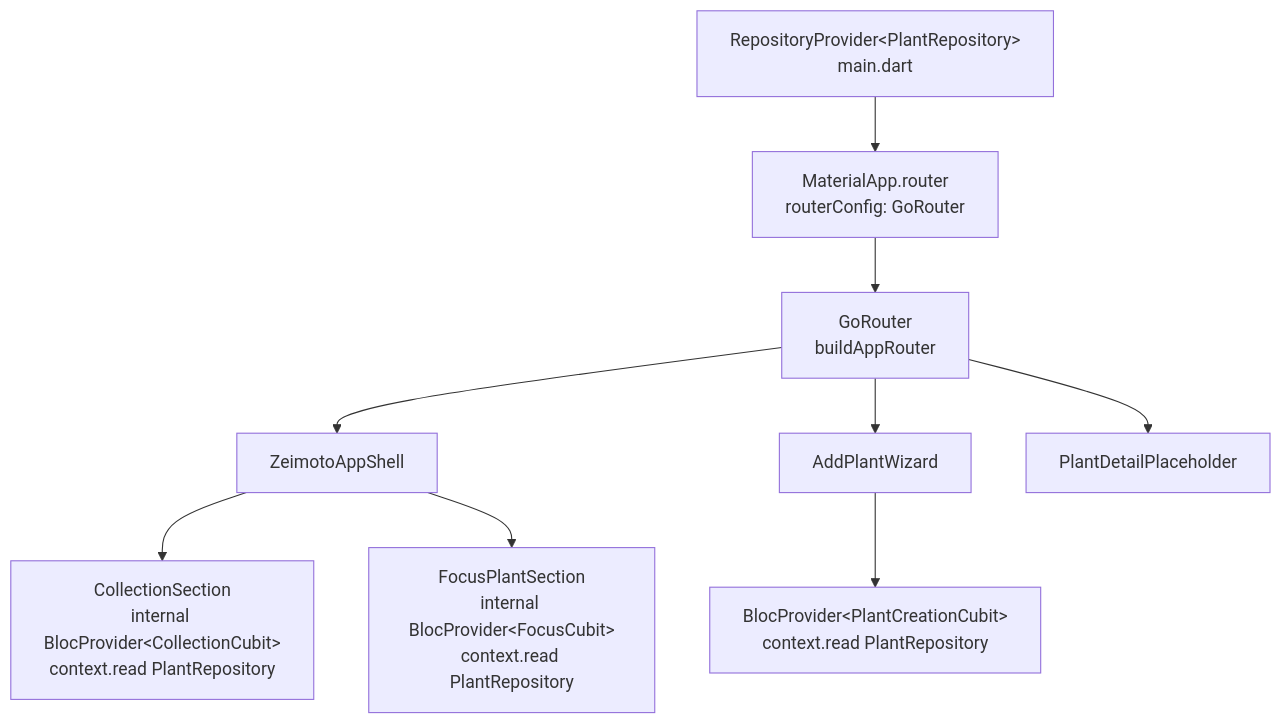
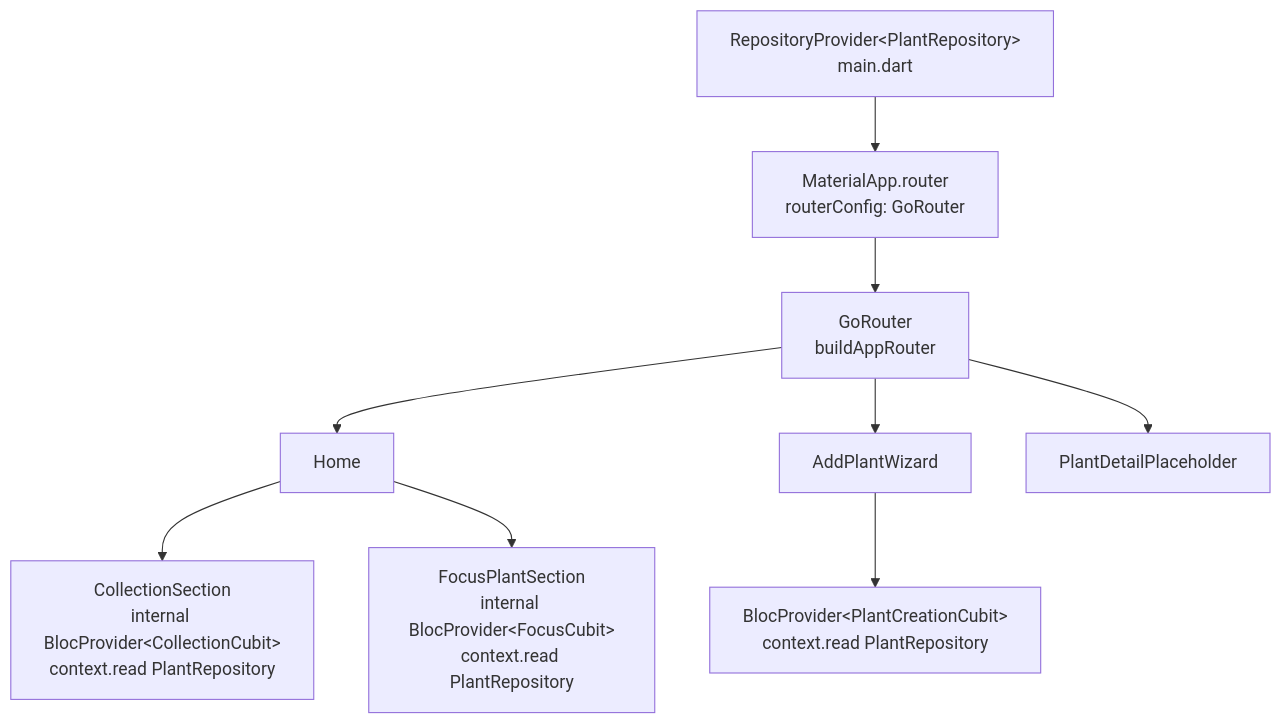
Before and after one commit to FedericoLaggiard/zeimoto: the second of 2 diagrams in docs/architecture/architecture_en.md, drawn with Mermaid. The commit also changed other lines of this file and 3 other files, not shown here.

````diff
--- a/docs/architecture/architecture_en.md
+++ b/docs/architecture/architecture_en.md
@@ -114,11 +116,11 @@
 ```mermaid
 graph TD
     A[RepositoryProvider&lt;PlantRepository&gt;\nmain.dart] --> B[MaterialApp.router\nrouterConfig: GoRouter]
     B --> GR[GoRouter\nbuildAppRouter]
-    GR --> C[ZeimotoAppShell]
+    GR --> C[Home]
     GR --> D[AddPlantWizard]
     GR --> DPP[PlantDetailPlaceholder]
     D --> E[BlocProvider&lt;PlantCreationCubit&gt;\ncontext.read PlantRepository]
     C --> F[CollectionSection\ninternal BlocProvider&lt;CollectionCubit&gt;\ncontext.read PlantRepository]
     C --> G[FocusPlantSection\ninternal BlocProvider&lt;FocusCubit&gt;\ncontext.read PlantRepository]
 ```
````
